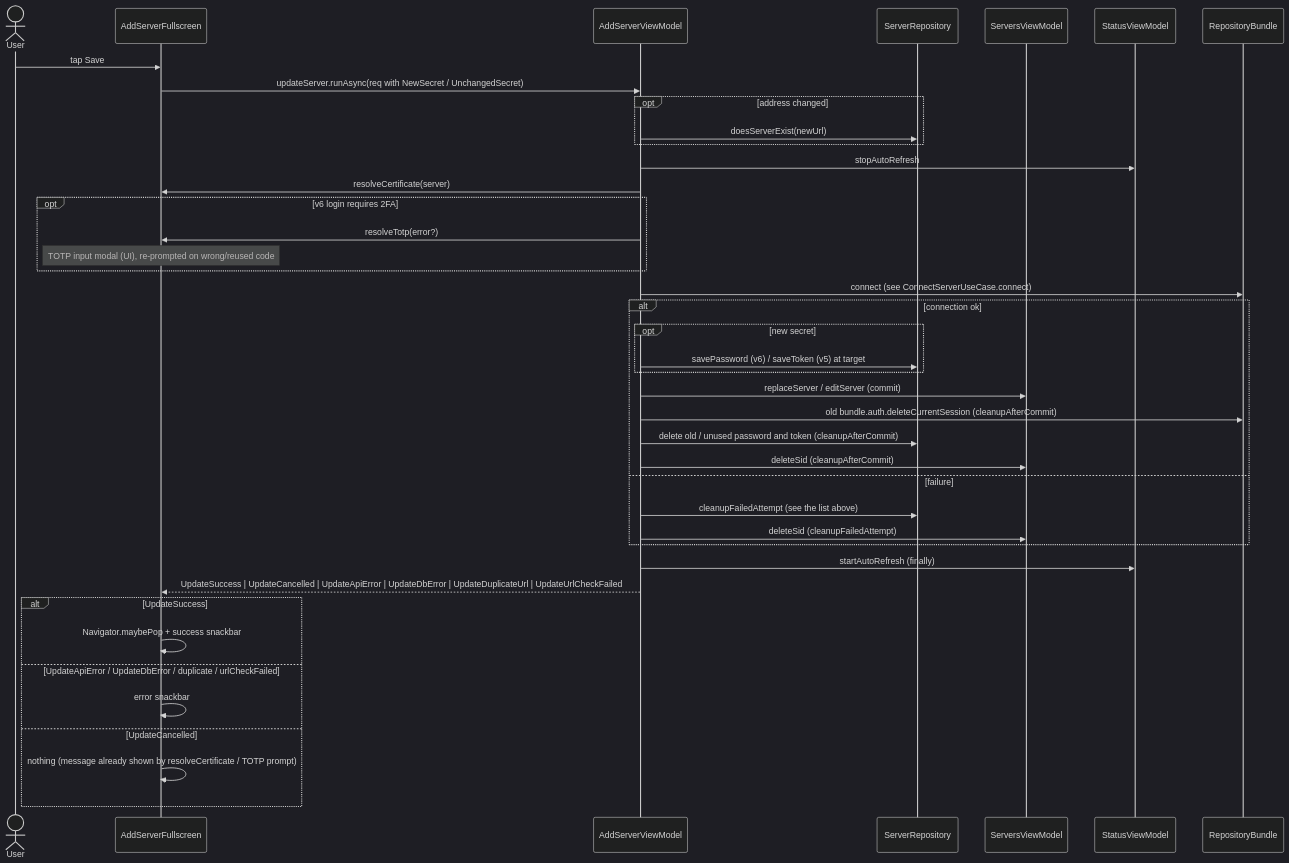
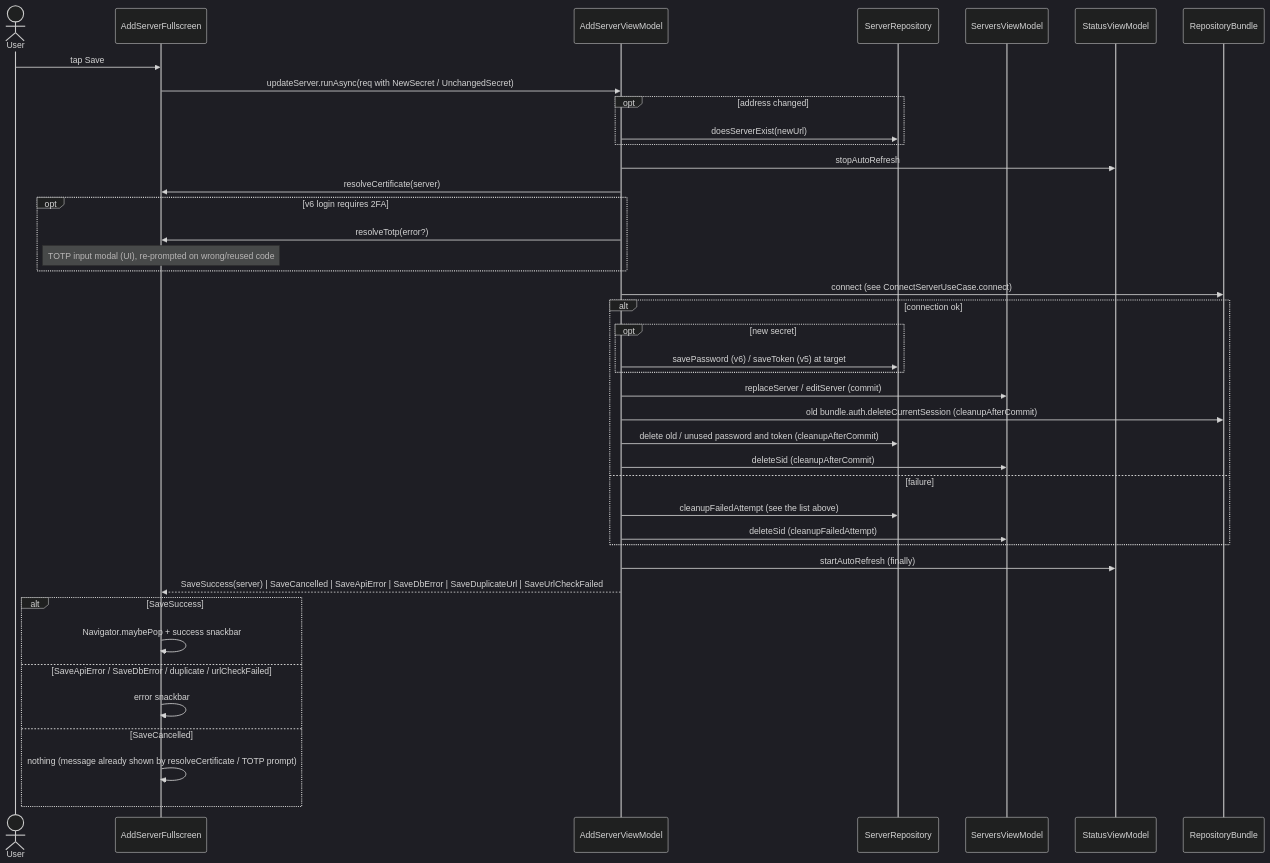
The eighth of 8 diagrams in docs/server-connection-flow.md (tsutsu3/pi-hole-client), drawn with Mermaid (dark theme) before and after one commit. The commit also changed other lines of this file and 3 other files, not shown here.

````diff
--- a/docs/server-connection-flow.md
+++ b/docs/server-connection-flow.md
@@ -309,44 +309,44 @@
 ```mermaid
 sequenceDiagram
   actor U as User
   participant W as AddServerFullscreen
   participant VM as AddServerViewModel
   participant SR as ServerRepository
   participant SV as ServersViewModel
   participant ST as StatusViewModel
   participant B as RepositoryBundle
 
   U->>W: tap Save
   W->>VM: updateServer.runAsync(req with NewSecret / UnchangedSecret)
   opt address changed
     VM->>SR: doesServerExist(newUrl)
   end
   VM->>ST: stopAutoRefresh
   VM->>W: resolveCertificate(server)
   opt v6 login requires 2FA
     VM->>W: resolveTotp(error?)
     Note over W: TOTP input modal (UI), re-prompted on wrong/reused code
   end
   VM->>B: connect (see ConnectServerUseCase.connect)
   alt connection ok
     opt new secret
       VM->>SR: savePassword (v6) / saveToken (v5) at target
     end
     VM->>SV: replaceServer / editServer (commit)
     VM->>B: old bundle.auth.deleteCurrentSession (cleanupAfterCommit)
     VM->>SR: delete old / unused password and token (cleanupAfterCommit)
     VM->>SV: deleteSid (cleanupAfterCommit)
   else failure
     VM->>SR: cleanupFailedAttempt (see the list above)
     VM->>SV: deleteSid (cleanupFailedAttempt)
   end
   VM->>ST: startAutoRefresh (finally)
-  VM-->>W: UpdateSuccess | UpdateCancelled | UpdateApiError | UpdateDbError | UpdateDuplicateUrl | UpdateUrlCheckFailed
-  alt UpdateSuccess
+  VM-->>W: SaveSuccess(server) | SaveCancelled | SaveApiError | SaveDbError | SaveDuplicateUrl | SaveUrlCheckFailed
+  alt SaveSuccess
     W->>W: Navigator.maybePop + success snackbar
-  else UpdateApiError / UpdateDbError / duplicate / urlCheckFailed
+  else SaveApiError / SaveDbError / duplicate / urlCheckFailed
     W->>W: error snackbar
-  else UpdateCancelled
+  else SaveCancelled
     W->>W: nothing (message already shown by resolveCertificate / TOTP prompt)
   end
 ```
````
